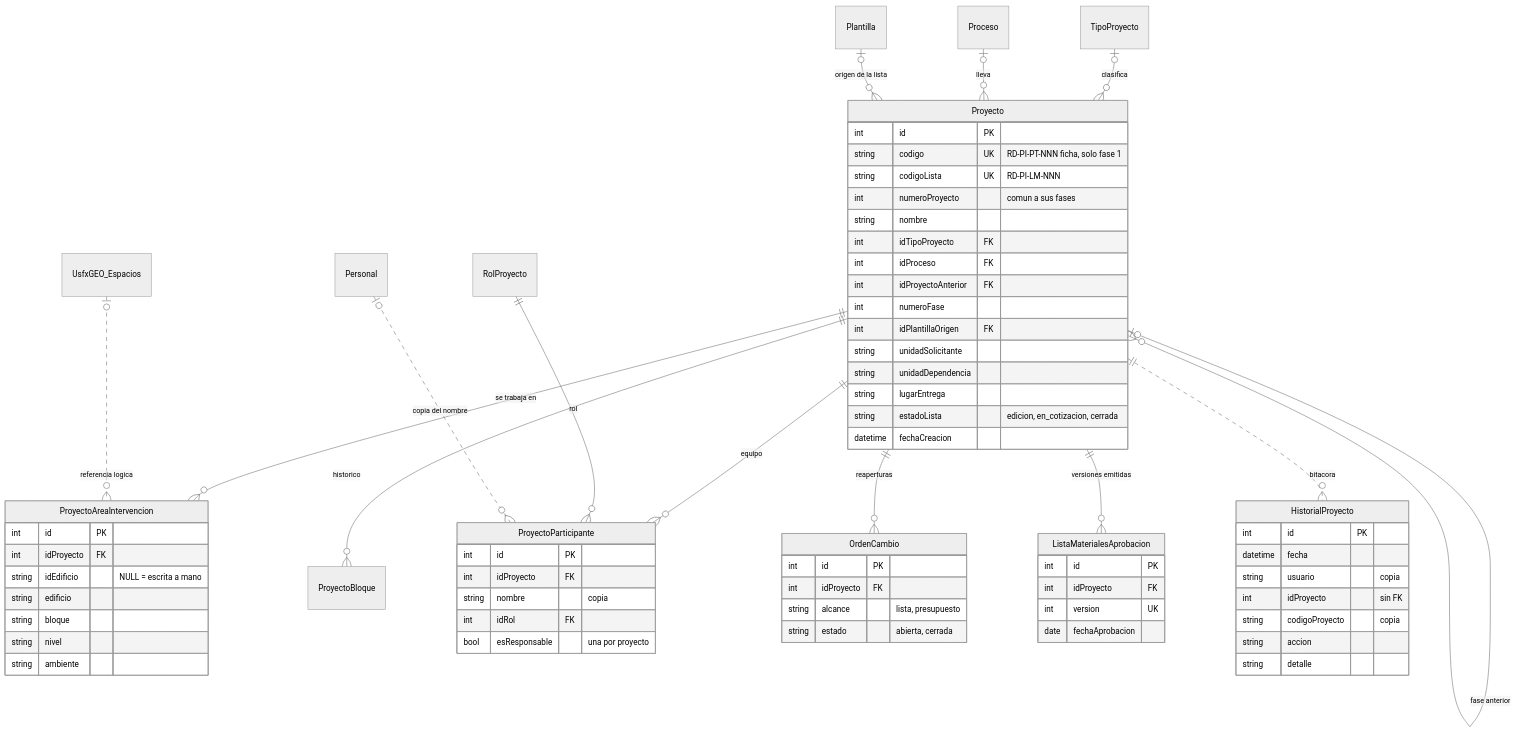
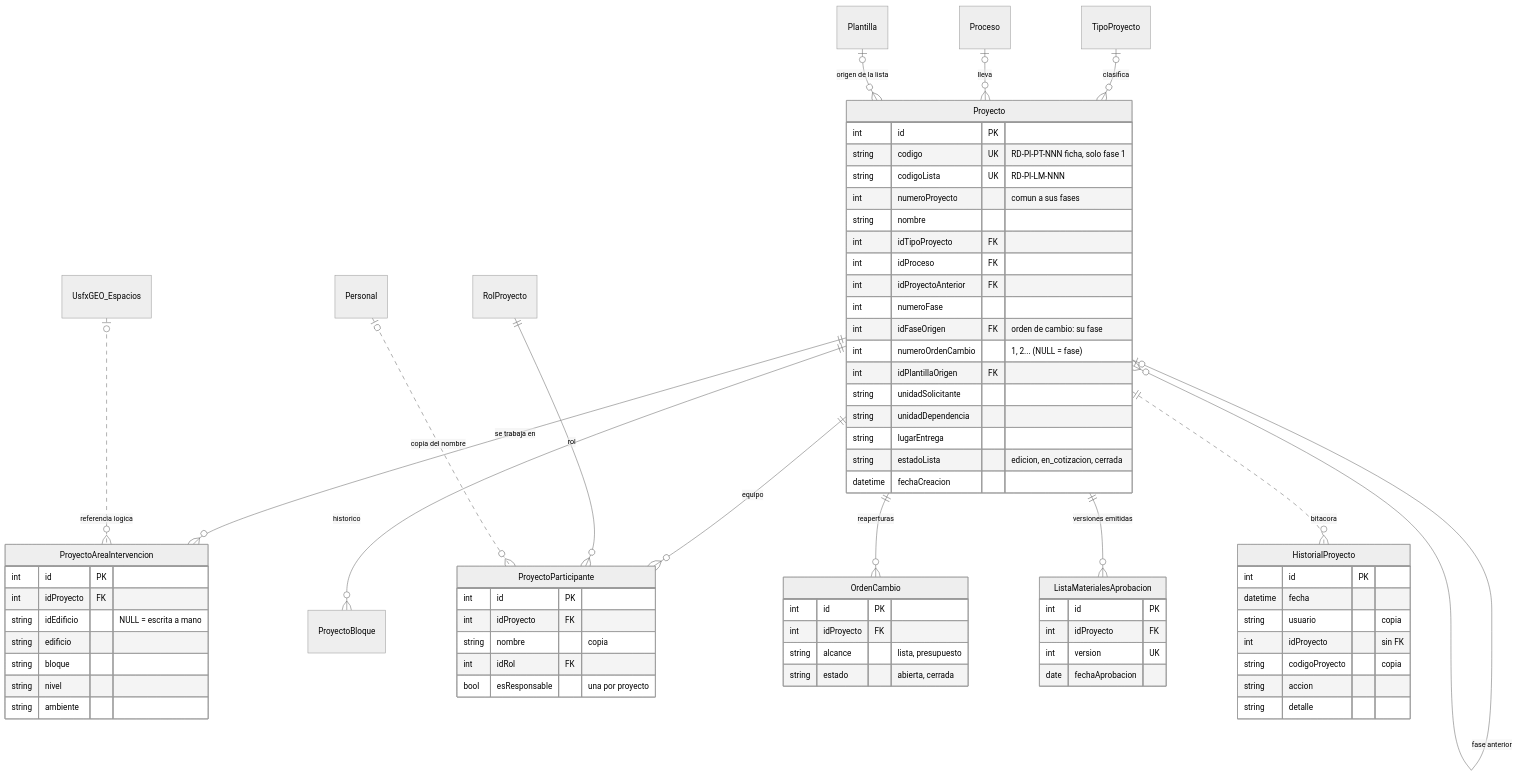
The first of 5 diagrams in docs/modelo-logico-datos.md (wilDC123/presupuestosRedes), drawn with Mermaid (neutral theme) before and after one commit. The commit also changed other lines of this file and 13 other files, not shown here.

First line of the commit message:
Parte 6b: orden de cambio como presupuesto adicional de una fase aprobada

````diff
--- a/docs/modelo-logico-datos.md
+++ b/docs/modelo-logico-datos.md
@@ -50,71 +50,73 @@
 ```mermaid
 erDiagram
     TipoProyecto |o--o{ Proyecto : "clasifica"
     Proceso |o--o{ Proyecto : "lleva"
     Proyecto |o--o{ Proyecto : "fase anterior"
     Plantilla |o--o{ Proyecto : "origen de la lista"
     Proyecto ||--o{ ProyectoAreaIntervencion : "se trabaja en"
     Proyecto ||--o{ ProyectoBloque : "historico"
     Proyecto ||--o{ ProyectoParticipante : "equipo"
     RolProyecto ||--o{ ProyectoParticipante : "rol"
     Personal |o..o{ ProyectoParticipante : "copia del nombre"
     Proyecto ||--o{ OrdenCambio : "reaperturas"
     Proyecto ||--o{ ListaMaterialesAprobacion : "versiones emitidas"
     Proyecto ||..o{ HistorialProyecto : "bitacora"
     UsfxGEO_Espacios |o..o{ ProyectoAreaIntervencion : "referencia logica"
 
     Proyecto {
         int id PK
         string codigo UK "RD-PI-PT-NNN ficha, solo fase 1"
         string codigoLista UK "RD-PI-LM-NNN"
         int numeroProyecto "comun a sus fases"
         string nombre
         int idTipoProyecto FK
         int idProceso FK
         int idProyectoAnterior FK
         int numeroFase
+        int idFaseOrigen FK "orden de cambio: su fase"
+        int numeroOrdenCambio "1, 2... (NULL = fase)"
         int idPlantillaOrigen FK
         string unidadSolicitante
         string unidadDependencia
         string lugarEntrega
         string estadoLista "edicion, en_cotizacion, cerrada"
         datetime fechaCreacion
     }
     ProyectoAreaIntervencion {
         int id PK
         int idProyecto FK
         string idEdificio "NULL = escrita a mano"
         string edificio
         string bloque
         string nivel
         string ambiente
     }
     ProyectoParticipante {
         int id PK
         int idProyecto FK
         string nombre "copia"
         int idRol FK
         bool esResponsable "una por proyecto"
     }
     HistorialProyecto {
         int id PK
         datetime fecha
         string usuario "copia"
         int idProyecto "sin FK"
         string codigoProyecto "copia"
         string accion
         string detalle
     }
     ListaMaterialesAprobacion {
         int id PK
         int idProyecto FK
         int version UK
         date fechaAprobacion
     }
     OrdenCambio {
         int id PK
         int idProyecto FK
         string alcance "lista, presupuesto"
         string estado "abierta, cerrada"
     }
 ```
````
